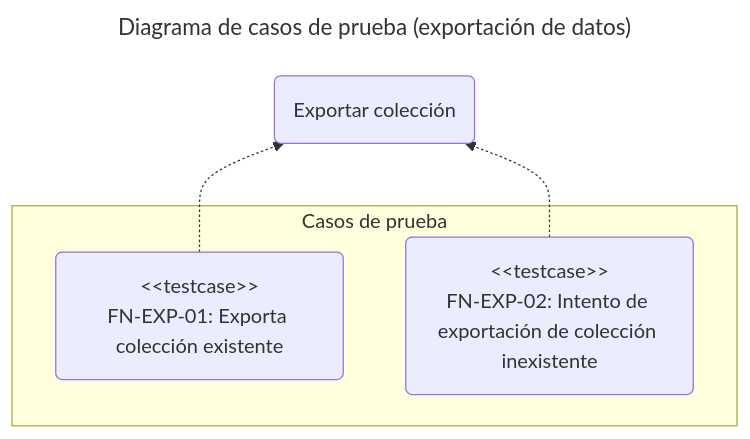
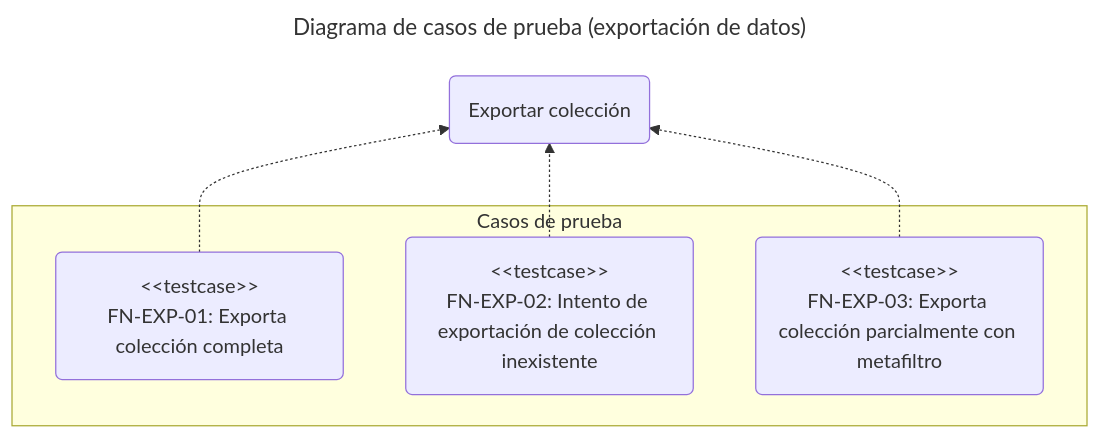
The second of 6 diagrams in docs/spec/tests/functional.es.md (chromiodev/chromie-tool), drawn with Mermaid before and after one commit. The commit also changed other lines of this file and 12 other files, not shown here.

````diff
--- a/docs/spec/tests/functional.es.md
+++ b/docs/spec/tests/functional.es.md
@@ -135,18 +135,20 @@
 ```mermaid
 ---
 title: Diagrama de casos de prueba (exportación de datos)
 config:
 ---
 
 graph BT
   %% use cases
   exportColl@{ shape: "rounded", label: "Exportar colección" }
 
   subgraph "Casos de prueba"
-    exportExistingColl@{ shape: "rounded", label: "#lt;#lt;testcase>><br>FN-EXP-01: Exporta colección existente" }
+    exportFullColl@{ shape: "rounded", label: "#lt;#lt;testcase>><br>FN-EXP-01: Exporta colección completa" }
     exportNonExistingColl@{ shape: "rounded", label: "#lt;#lt;testcase>><br>FN-EXP-02: Intento de exportación de colección inexistente" }
+    exportCollPartiallyWithMetafilter@{ shape: "rounded", label: "#lt;#lt;testcase>><br>FN-EXP-03: Exporta colección parcialmente con metafiltro" }
   end
 
-  exportExistingColl -.-> exportColl
+  exportFullColl -.-> exportColl
   exportNonExistingColl -.-> exportColl
+  exportCollPartiallyWithMetafilter -.-> exportColl
 ```
````
